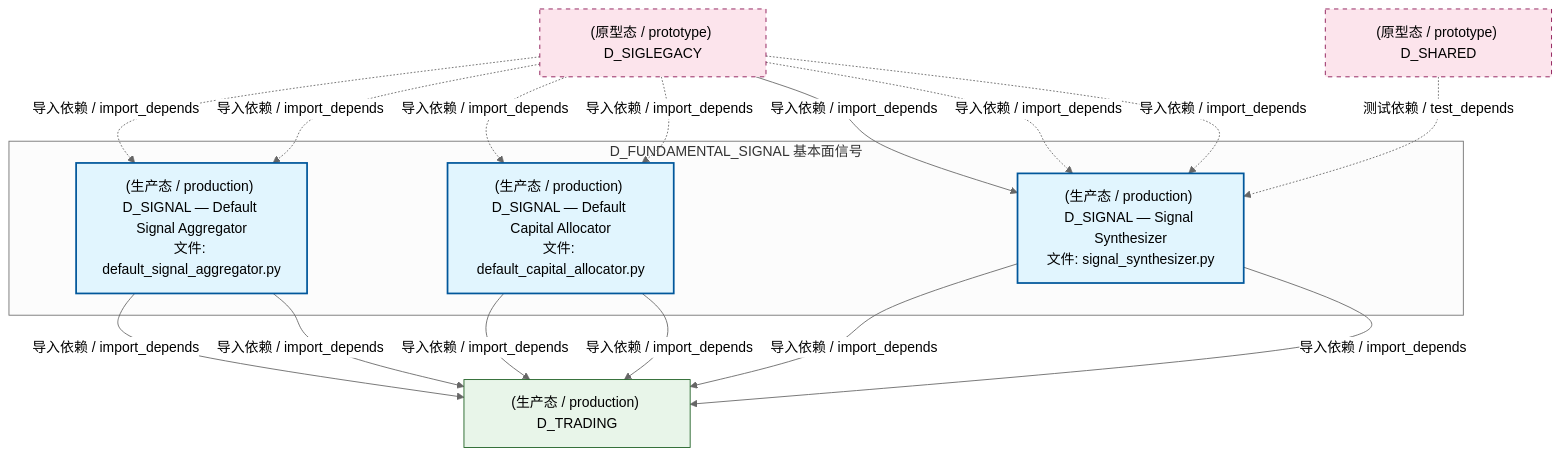
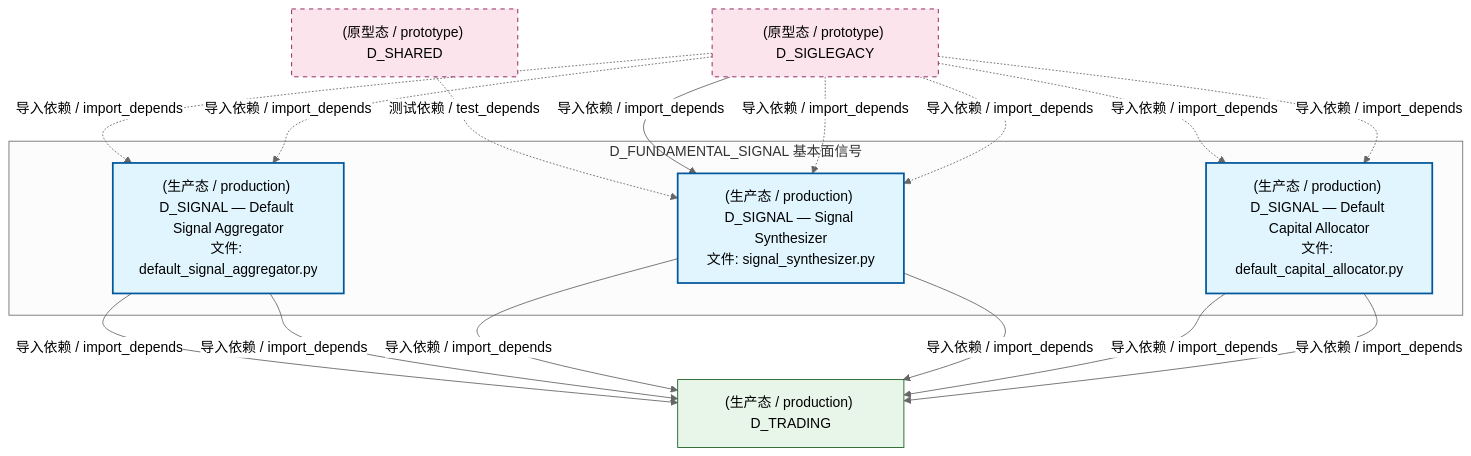
Before and after one commit to xuanFelixVan/ZephyrAlpha: the second of 4 diagrams in docs/02_enterprise_architecture/02_domain_architecture_docs/37_d_fundamental_signal.md, drawn with Mermaid (neutral theme). The commit also changed other lines of this file and 126 other files, not shown here.

````diff
--- a/docs/02_enterprise_architecture/02_domain_architecture_docs/37_d_fundamental_signal.md
+++ b/docs/02_enterprise_architecture/02_domain_architecture_docs/37_d_fundamental_signal.md
@@ -134,32 +134,32 @@
 ```mermaid
 graph TD
     subgraph D_FUNDAMENTAL_SIGNAL["D_FUNDAMENTAL_SIGNAL 基本面信号"]
         src_zephyr_signal_fundamental_gen_implementations_default_signal_aggregator_py["(生产态 / production) D_SIGNAL — Default Signal Aggregator<br/>文件: default_signal_aggregator.py"]
         src_zephyr_signal_fundamental_strategy_implementations_default_capital_allocator_py["(生产态 / production) D_SIGNAL — Default Capital Allocator<br/>文件: default_capital_allocator.py"]
         src_zephyr_signal_fundamental_synth_signal_synthesizer_py["(生产态 / production) D_SIGNAL — Signal Synthesizer<br/>文件: signal_synthesizer.py"]
     end
     D_TRADING["(生产态 / production) D_TRADING"]
     src_zephyr_signal_fundamental_gen_implementations_default_signal_aggregator_py -->|导入依赖 / import_depends| D_TRADING
     src_zephyr_signal_fundamental_gen_implementations_default_signal_aggregator_py -->|导入依赖 / import_depends| D_TRADING
     src_zephyr_signal_fundamental_synth_signal_synthesizer_py -->|导入依赖 / import_depends| D_TRADING
+    src_zephyr_signal_fundamental_synth_signal_synthesizer_py -->|导入依赖 / import_depends| D_TRADING
     src_zephyr_signal_fundamental_strategy_implementations_default_capital_allocator_py -->|导入依赖 / import_depends| D_TRADING
-    src_zephyr_signal_fundamental_synth_signal_synthesizer_py -->|导入依赖 / import_depends| D_TRADING
     src_zephyr_signal_fundamental_strategy_implementations_default_capital_allocator_py -->|导入依赖 / import_depends| D_TRADING
     D_SIGLEGACY["(原型态 / prototype) D_SIGLEGACY"]
     D_SIGLEGACY -.->|导入依赖 / import_depends| src_zephyr_signal_fundamental_gen_implementations_default_signal_aggregator_py
     D_SIGLEGACY -.->|导入依赖 / import_depends| src_zephyr_signal_fundamental_gen_implementations_default_signal_aggregator_py
     D_SIGLEGACY -.->|导入依赖 / import_depends| src_zephyr_signal_fundamental_strategy_implementations_default_capital_allocator_py
     D_SIGLEGACY -.->|导入依赖 / import_depends| src_zephyr_signal_fundamental_strategy_implementations_default_capital_allocator_py
+    D_SHARED["(原型态 / prototype) D_SHARED"]
+    D_SHARED -.->|测试依赖 / test_depends| src_zephyr_signal_fundamental_synth_signal_synthesizer_py
     D_SIGLEGACY -->|导入依赖 / import_depends| src_zephyr_signal_fundamental_synth_signal_synthesizer_py
     D_SIGLEGACY -.->|导入依赖 / import_depends| src_zephyr_signal_fundamental_synth_signal_synthesizer_py
-    D_SHARED["(原型态 / prototype) D_SHARED"]
-    D_SHARED -.->|测试依赖 / test_depends| src_zephyr_signal_fundamental_synth_signal_synthesizer_py
     D_SIGLEGACY -.->|导入依赖 / import_depends| src_zephyr_signal_fundamental_synth_signal_synthesizer_py
     classDef production fill:#e1f5fe,stroke:#01579b,stroke-width:2px,color:#000
     classDef design fill:#fff3e0,stroke:#e65100,stroke-width:2px,color:#000,stroke-dasharray: 5 5
     classDef external_prod fill:#e8f5e9,stroke:#1b5e20,stroke-width:1px,color:#000
     classDef external_design fill:#fce4ec,stroke:#880e4f,stroke-width:1px,color:#000,stroke-dasharray: 5 5
     class src_zephyr_signal_fundamental_gen_implementations_default_signal_aggregator_py,src_zephyr_signal_fundamental_strategy_implementations_default_capital_allocator_py,src_zephyr_signal_fundamental_synth_signal_synthesizer_py production
     class D_TRADING external_prod
     class D_SIGLEGACY,D_SHARED external_design
 ```
````
